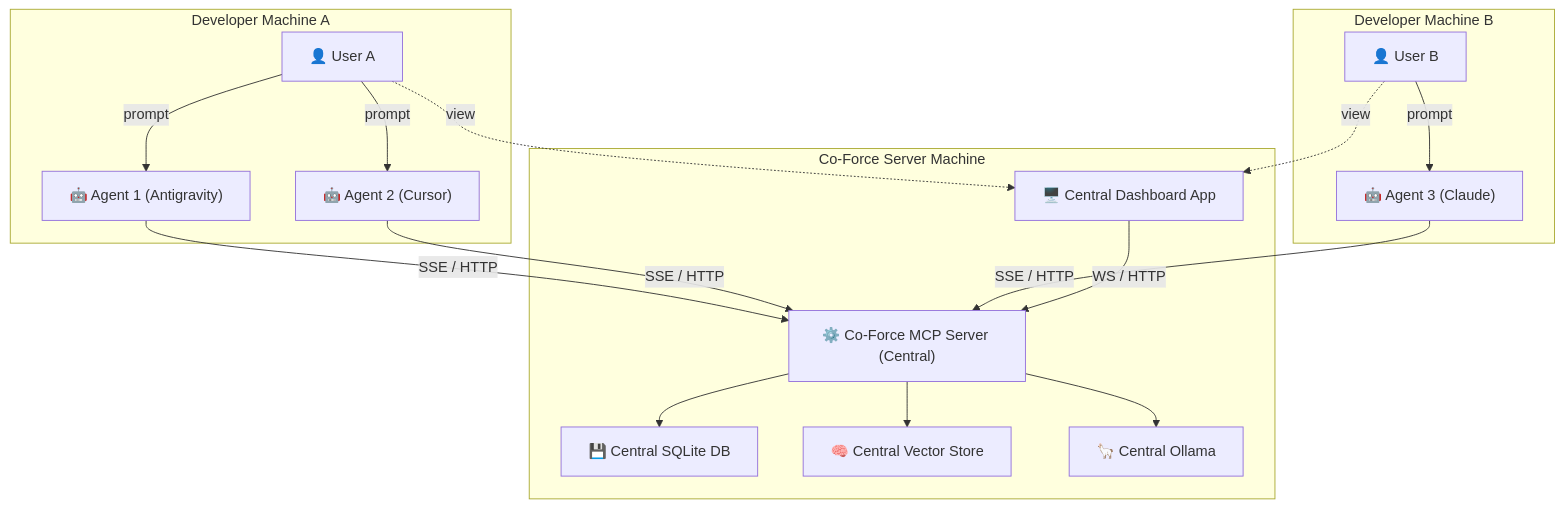
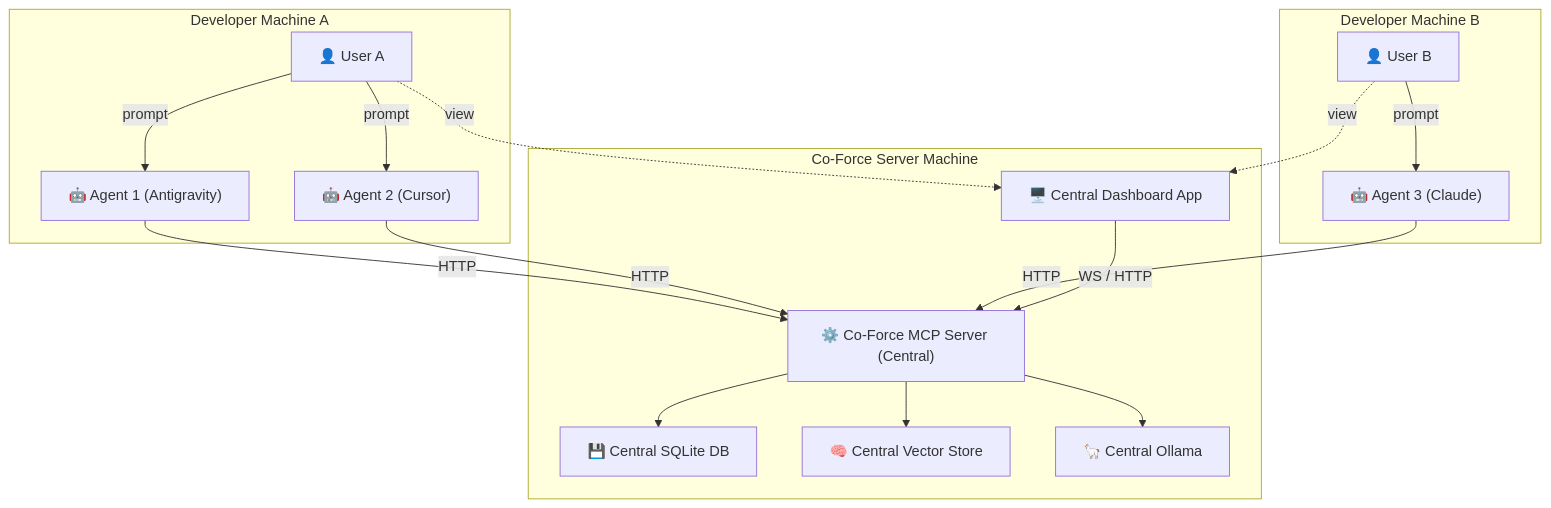
The second of 29 diagrams in docs/URD.md (hiimtrung/co-force), drawn with Mermaid before and after one commit. The commit also changed other lines of this file and 17 other files, not shown here.

````diff
--- a/docs/URD.md
+++ b/docs/URD.md
@@ -151,37 +151,37 @@
 ```mermaid
 graph TB
     subgraph "Developer Machine A"
         UA["👤 User A"]
         A1["🤖 Agent 1 (Antigravity)"]
         A2["🤖 Agent 2 (Cursor)"]
     end
 
     subgraph "Developer Machine B"
         UB["👤 User B"]
         A3["🤖 Agent 3 (Claude)"]
     end
 
     subgraph "Co-Force Server Machine"
         MCP["⚙️ Co-Force MCP Server (Central)"]
         DB["💾 Central SQLite DB"]
         VEC["🧠 Central Vector Store"]
         OLL["🦙 Central Ollama"]
         DASH["🖥️ Central Dashboard App"]
     end
 
     UA -->|prompt| A1
     UA -->|prompt| A2
     UB -->|prompt| A3
 
-    A1 -->|SSE / HTTP| MCP
-    A2 -->|SSE / HTTP| MCP
-    A3 -->|SSE / HTTP| MCP
+    A1 -->|HTTP| MCP
+    A2 -->|HTTP| MCP
+    A3 -->|HTTP| MCP
 
     MCP --> DB
     MCP --> VEC
     MCP --> OLL
     DASH -->|WS / HTTP| MCP
 
     UA -.->|view| DASH
     UB -.->|view| DASH
 ```
````
